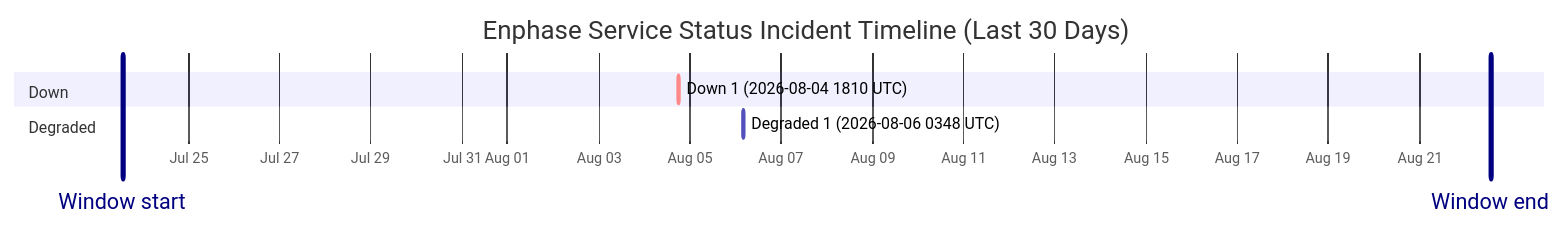
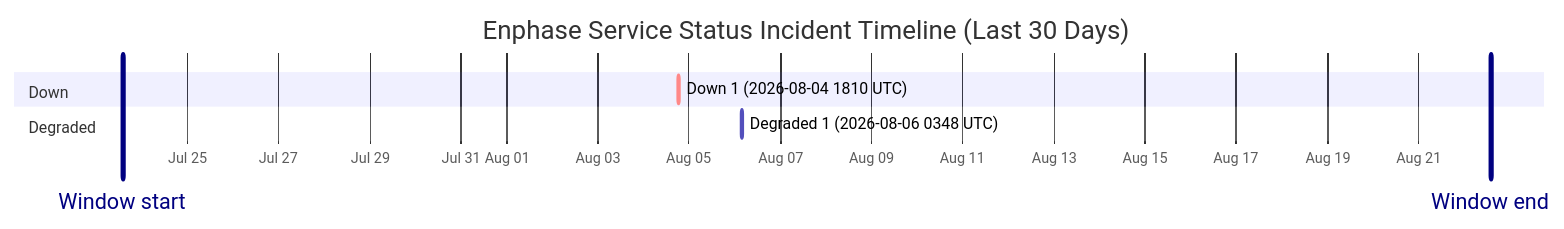
One commit to barneyonline/ha-enphase-energy changed the diagram in wiki/Service-Status-History.md. Above: the diagram before and after it, drawn with Mermaid. The commit also changed other lines of this file and 3 other files, not shown here.

````diff
--- a/wiki/Service-Status-History.md
+++ b/wiki/Service-Status-History.md
@@ -14,12 +14,12 @@
 ```mermaid
 gantt
     title Enphase Service Status Incident Timeline (Last 30 Days)
     dateFormat  YYYY-MM-DDTHH:mm:ss
     axisFormat  %b %d
-    Window start :vert, window-start, 2026-07-23T13:29:50, 0ms
-    Window end :vert, window-end, 2026-08-22T13:29:50, 0ms
+    Window start :vert, window-start, 2026-07-23T13:54:09, 0ms
+    Window end :vert, window-end, 2026-08-22T13:54:09, 0ms
     section Down
     Down 1 (2026-08-04 1810 UTC) :crit, down-1, 2026-08-04T18:10:46, 60m
     section Degraded
     Degraded 1 (2026-08-06 0348 UTC) :active, degraded-1, 2026-08-06T03:48:14, 60m
 ```
````
